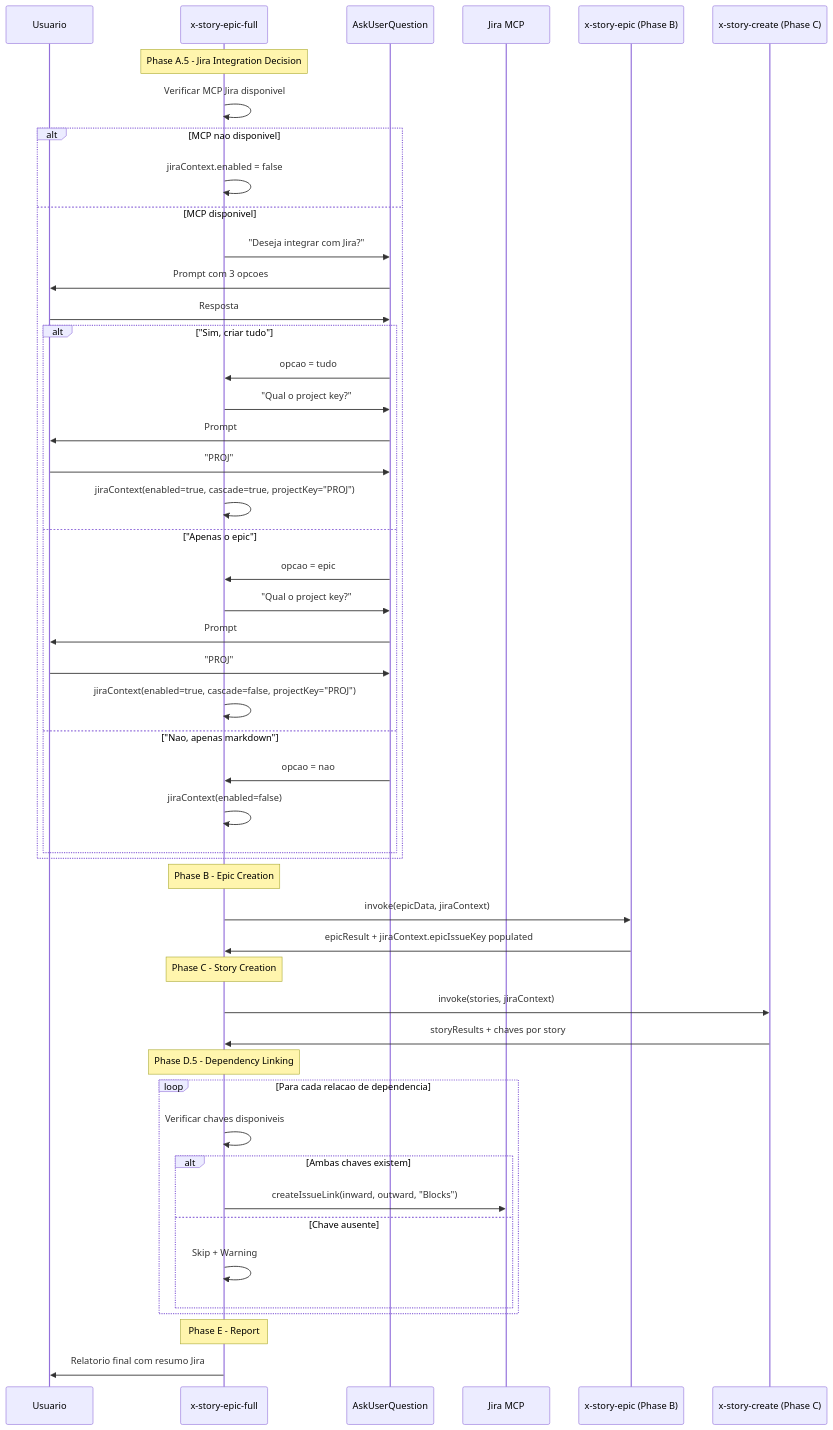
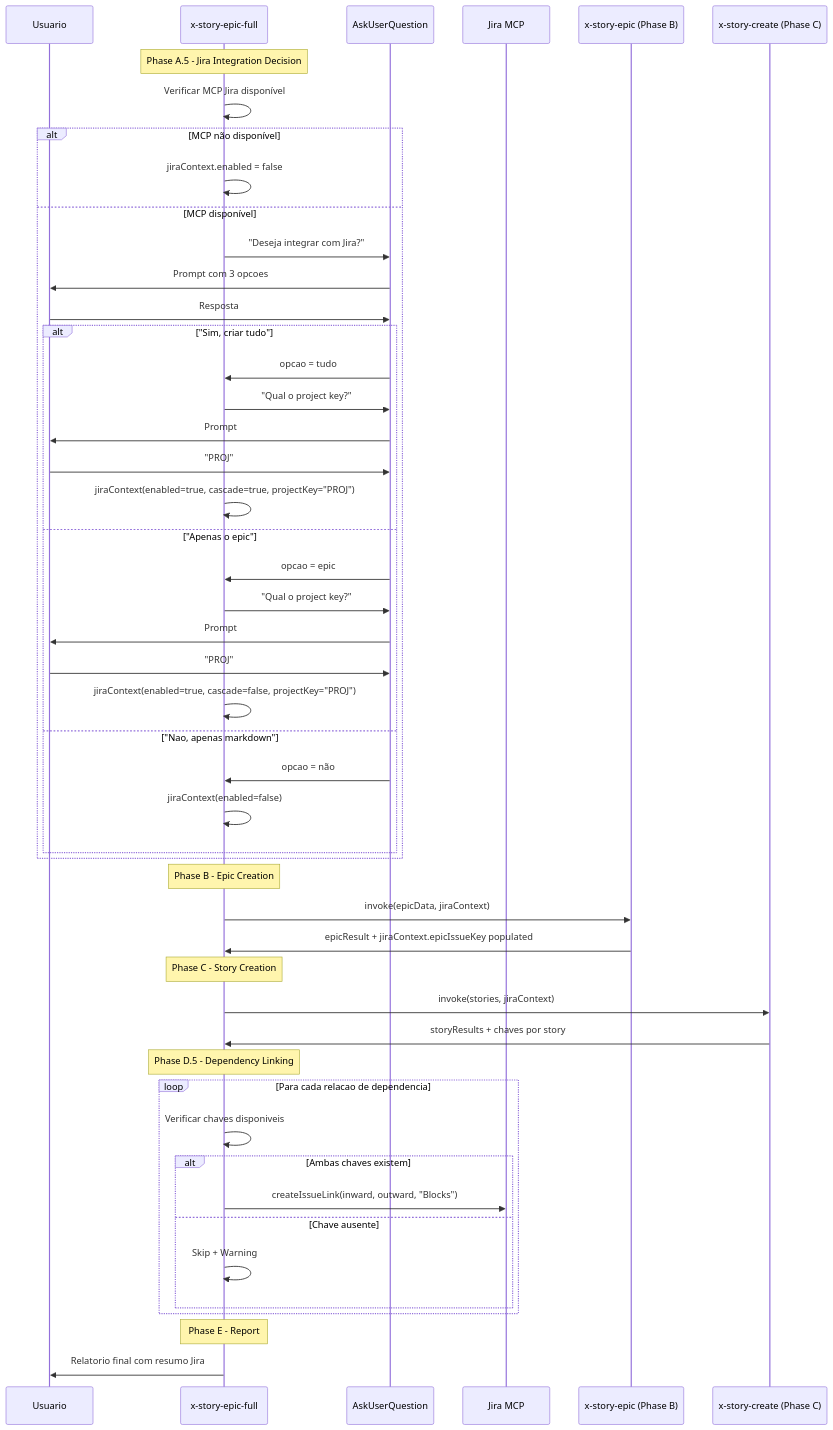
Before and after one commit to edercnj/ia-dev-environment: the first of 2 diagrams in docs/stories/epic-0011/story-0011-0005.md, drawn with Mermaid. The commit also changed other lines of this file and 14 other files, not shown here.

````diff
--- a/docs/stories/epic-0011/story-0011-0005.md
+++ b/docs/stories/epic-0011/story-0011-0005.md
@@ -110,56 +110,56 @@
 ```mermaid
 sequenceDiagram
     participant U as Usuario
     participant F as x-story-epic-full
     participant A as AskUserQuestion
     participant M as Jira MCP
     participant SE as x-story-epic (Phase B)
     participant SC as x-story-create (Phase C)
 
     Note over F: Phase A.5 - Jira Integration Decision
-    F->>F: Verificar MCP Jira disponivel
-    alt MCP nao disponivel
+    F->>F: Verificar MCP Jira disponível
+    alt MCP não disponível
         F->>F: jiraContext.enabled = false
-    else MCP disponivel
+    else MCP disponível
         F->>A: "Deseja integrar com Jira?"
         A->>U: Prompt com 3 opcoes
         U->>A: Resposta
         alt "Sim, criar tudo"
             A->>F: opcao = tudo
             F->>A: "Qual o project key?"
             A->>U: Prompt
             U->>A: "PROJ"
             F->>F: jiraContext(enabled=true, cascade=true, projectKey="PROJ")
         else "Apenas o epic"
             A->>F: opcao = epic
             F->>A: "Qual o project key?"
             A->>U: Prompt
             U->>A: "PROJ"
             F->>F: jiraContext(enabled=true, cascade=false, projectKey="PROJ")
         else "Nao, apenas markdown"
-            A->>F: opcao = nao
+            A->>F: opcao = não
             F->>F: jiraContext(enabled=false)
         end
     end
 
     Note over F: Phase B - Epic Creation
     F->>SE: invoke(epicData, jiraContext)
     SE->>F: epicResult + jiraContext.epicIssueKey populated
 
     Note over F: Phase C - Story Creation
     F->>SC: invoke(stories, jiraContext)
     SC->>F: storyResults + chaves por story
 
     Note over F: Phase D.5 - Dependency Linking
     loop Para cada relacao de dependencia
         F->>F: Verificar chaves disponiveis
         alt Ambas chaves existem
             F->>M: createIssueLink(inward, outward, "Blocks")
         else Chave ausente
             F->>F: Skip + Warning
         end
     end
 
     Note over F: Phase E - Report
     F->>U: Relatorio final com resumo Jira
 ```
````
